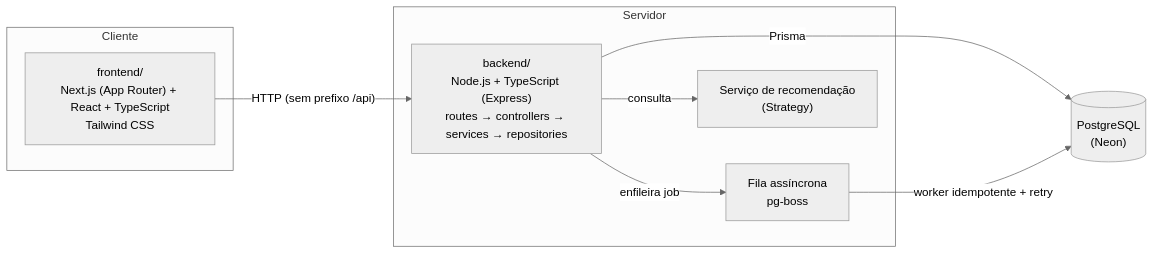
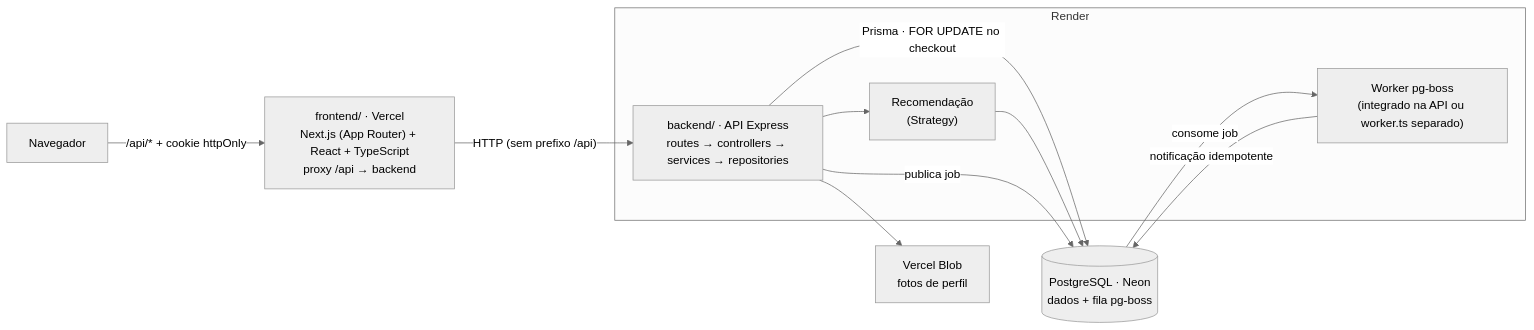
One commit to devpedrois/Projeto-Integrador changed the diagram in README.md. Above: the diagram before and after it, drawn with Mermaid (neutral theme). The commit also changed other lines of this file, not shown here.

````diff
--- a/README.md
+++ b/README.md
@@ -46,20 +53,22 @@
 ```mermaid
 flowchart LR
-    subgraph Cliente
-        FE["frontend/\nNext.js (App Router) + React + TypeScript\nTailwind CSS"]
+    U["Navegador"] -- "/api/* + cookie httpOnly" --> FE["frontend/ · Vercel\nNext.js (App Router) + React + TypeScript\nproxy /api → backend"]
+
+    subgraph Render
+        BE["backend/ · API Express\nroutes → controllers → services → repositories"]
+        REC["Recomendação\n(Strategy)"]
+        W["Worker pg-boss\n(integrado na API ou worker.ts separado)"]
     end
 
-    subgraph Servidor
-        BE["backend/\nNode.js + TypeScript (Express)\nroutes → controllers → services → repositories"]
-        Q["Fila assíncrona\npg-boss"]
-        REC["Serviço de recomendação\n(Strategy)"]
-    end
-
-    DB[("PostgreSQL\n(Neon)")]
+    DB[("PostgreSQL · Neon\ndados + fila pg-boss")]
+    BLOB["Vercel Blob\nfotos de perfil"]
 
     FE -- "HTTP (sem prefixo /api)" --> BE
-    BE -- "Prisma" --> DB
-    BE -- "enfileira job" --> Q
-    Q -- "worker idempotente + retry" --> DB
-    BE -- "consulta" --> REC
+    BE -- "Prisma · FOR UPDATE no checkout" --> DB
+    BE --> REC
+    REC --> DB
+    BE -- "publica job" --> DB
+    DB -- "consome job" --> W
+    W -- "notificação idempotente" --> DB
+    BE --> BLOB
 ```
````
